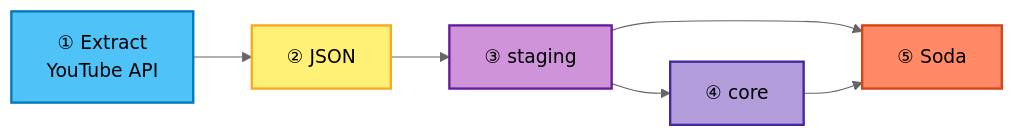
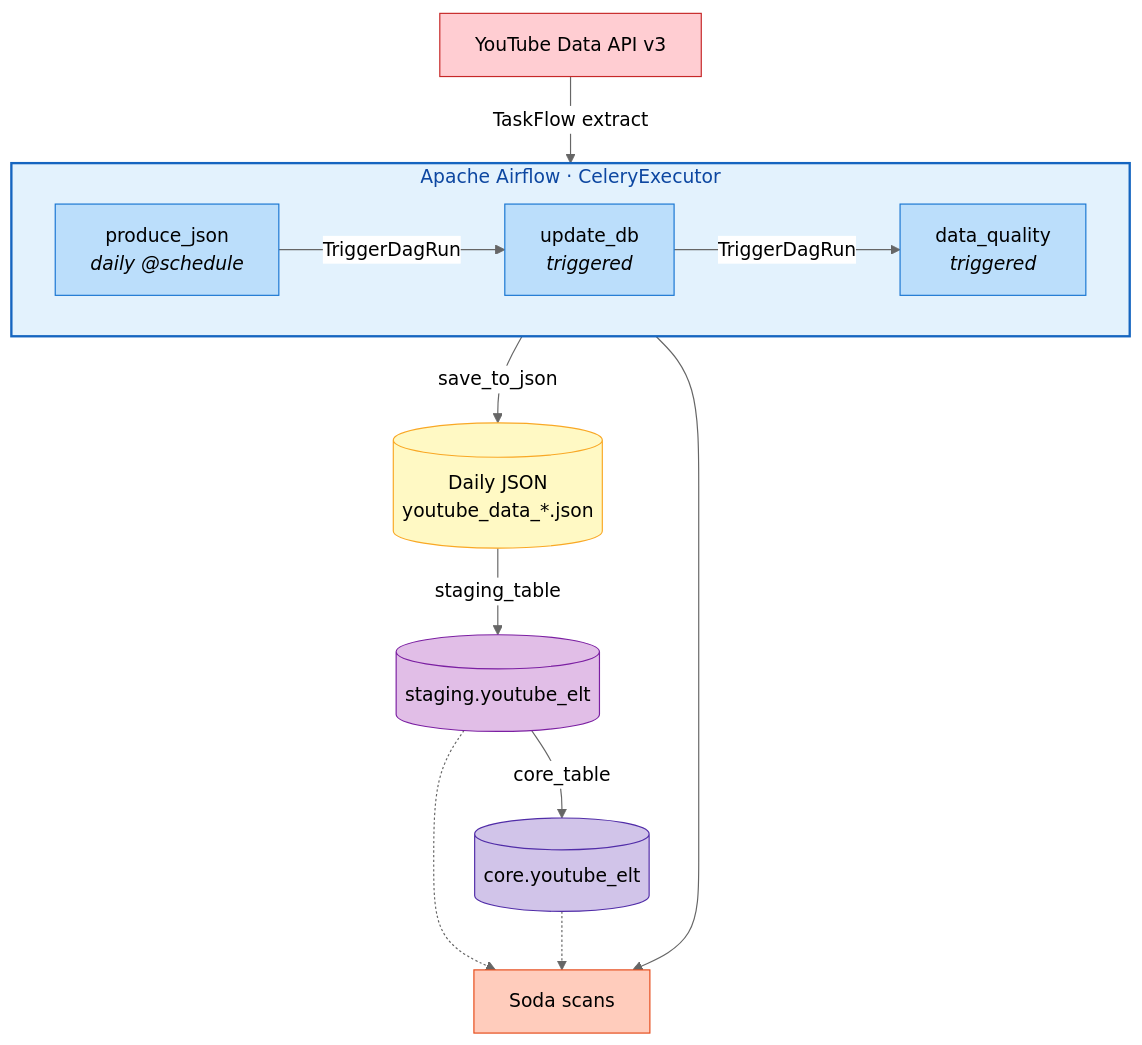
One commit to BenDatta/Youtube-ETL changed the diagram in README.md. Above: the diagram before and after it, drawn with Mermaid (neutral theme). The commit also changed other lines of this file, not shown here.

Commit message:
Rewrite README with unified Airflow and data-flow architecture diagram.

````diff
--- a/README.md
+++ b/README.md
@@ -16,14 +26,36 @@
 ```mermaid
-flowchart LR
-  A["① Extract<br/>YouTube API"] --> B["② JSON"]
-  B --> C["③ staging"]
-  C --> D["④ core"]
-  C --> E["⑤ Soda"]
-  D --> E
+flowchart TB
+  API["YouTube Data API v3"]
 
-  style A fill:#4FC3F7,stroke:#0277BD,stroke-width:2px,color:#000
-  style B fill:#FFF176,stroke:#F9A825,stroke-width:2px,color:#000
-  style C fill:#CE93D8,stroke:#6A1B9A,stroke-width:2px,color:#000
-  style D fill:#B39DDB,stroke:#4527A0,stroke-width:2px,color:#000
-  style E fill:#FF8A65,stroke:#D84315,stroke-width:2px,color:#000
+  subgraph ORCH["Apache Airflow · CeleryExecutor"]
+    direction LR
+    D1["produce_json<br/><i>daily @schedule</i>"]
+    D2["update_db<br/><i>triggered</i>"]
+    D3["data_quality<br/><i>triggered</i>"]
+    D1 -->|"TriggerDagRun"| D2
+    D2 -->|"TriggerDagRun"| D3
+  end
+
+  JSON[("Daily JSON<br/>youtube_data_*.json")]
+  STG[("staging.youtube_elt")]
+  CORE[("core.youtube_elt")]
+  QA["Soda scans"]
+
+  API -->|"TaskFlow extract"| D1
+  D1 -->|"save_to_json"| JSON
+  JSON -->|"staging_table"| STG
+  STG -->|"core_table"| CORE
+  D3 --> QA
+  STG -.-> QA
+  CORE -.-> QA
+
+  style ORCH fill:#E3F2FD,stroke:#1565C0,stroke-width:2px,color:#0D47A1
+  style D1 fill:#BBDEFB,stroke:#1976D2,color:#000
+  style D2 fill:#BBDEFB,stroke:#1976D2,color:#000
+  style D3 fill:#BBDEFB,stroke:#1976D2,color:#000
+  style API fill:#FFCDD2,stroke:#C62828,color:#000
+  style JSON fill:#FFF9C4,stroke:#F9A825,color:#000
+  style STG fill:#E1BEE7,stroke:#7B1FA2,color:#000
+  style CORE fill:#D1C4E9,stroke:#512DA8,color:#000
+  style QA fill:#FFCCBC,stroke:#E64A19,color:#000
 ```
````
